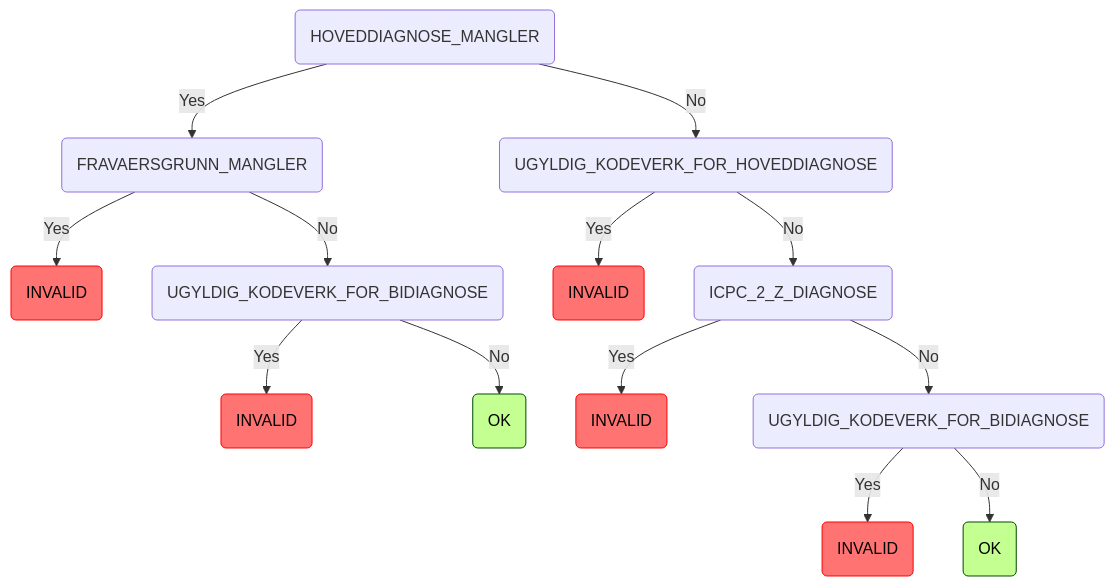
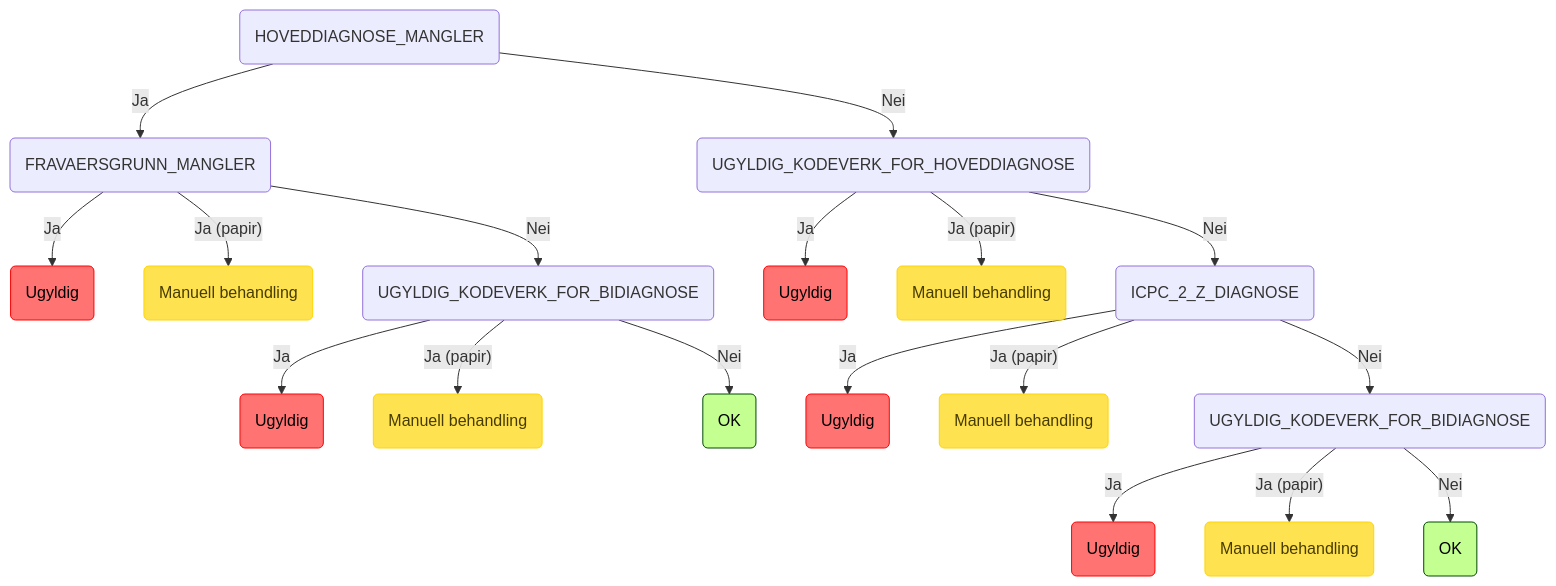
One commit to navikt/regulus-regula changed the fifth of 8 diagrams in README.md. Above: the diagram before and after it, drawn with Mermaid. The commit also changed other lines of this file and 21 other files, not shown here.

Commit message:
chore: show ExecutionMode.PAPIR in mermaid docs, also make mermaid graphs norskwegian

````diff
--- a/README.md
+++ b/README.md
@@ -133,18 +156,23 @@
 ```mermaid
 graph TD
-    root(HOVEDDIAGNOSE_MANGLER) -->|Yes| root_HOVEDDIAGNOSE_MANGLER_FRAVAERSGRUNN_MANGLER(FRAVAERSGRUNN_MANGLER)
-    root_HOVEDDIAGNOSE_MANGLER_FRAVAERSGRUNN_MANGLER(FRAVAERSGRUNN_MANGLER) -->|Yes| root_HOVEDDIAGNOSE_MANGLER_FRAVAERSGRUNN_MANGLER_INVALID(INVALID):::invalid
-    root_HOVEDDIAGNOSE_MANGLER_FRAVAERSGRUNN_MANGLER(FRAVAERSGRUNN_MANGLER) -->|No| root_HOVEDDIAGNOSE_MANGLER_FRAVAERSGRUNN_MANGLER_UGYLDIG_KODEVERK_FOR_BIDIAGNOSE(UGYLDIG_KODEVERK_FOR_BIDIAGNOSE)
-    root_HOVEDDIAGNOSE_MANGLER_FRAVAERSGRUNN_MANGLER_UGYLDIG_KODEVERK_FOR_BIDIAGNOSE(UGYLDIG_KODEVERK_FOR_BIDIAGNOSE) -->|Yes| root_HOVEDDIAGNOSE_MANGLER_FRAVAERSGRUNN_MANGLER_UGYLDIG_KODEVERK_FOR_BIDIAGNOSE_INVALID(INVALID):::invalid
-    root_HOVEDDIAGNOSE_MANGLER_FRAVAERSGRUNN_MANGLER_UGYLDIG_KODEVERK_FOR_BIDIAGNOSE(UGYLDIG_KODEVERK_FOR_BIDIAGNOSE) -->|No| root_HOVEDDIAGNOSE_MANGLER_FRAVAERSGRUNN_MANGLER_UGYLDIG_KODEVERK_FOR_BIDIAGNOSE_OK(OK):::ok
-    root(HOVEDDIAGNOSE_MANGLER) -->|No| root_HOVEDDIAGNOSE_MANGLER_UGYLDIG_KODEVERK_FOR_HOVEDDIAGNOSE(UGYLDIG_KODEVERK_FOR_HOVEDDIAGNOSE)
-    root_HOVEDDIAGNOSE_MANGLER_UGYLDIG_KODEVERK_FOR_HOVEDDIAGNOSE(UGYLDIG_KODEVERK_FOR_HOVEDDIAGNOSE) -->|Yes| root_HOVEDDIAGNOSE_MANGLER_UGYLDIG_KODEVERK_FOR_HOVEDDIAGNOSE_INVALID(INVALID):::invalid
-    root_HOVEDDIAGNOSE_MANGLER_UGYLDIG_KODEVERK_FOR_HOVEDDIAGNOSE(UGYLDIG_KODEVERK_FOR_HOVEDDIAGNOSE) -->|No| root_HOVEDDIAGNOSE_MANGLER_UGYLDIG_KODEVERK_FOR_HOVEDDIAGNOSE_ICPC_2_Z_DIAGNOSE(ICPC_2_Z_DIAGNOSE)
-    root_HOVEDDIAGNOSE_MANGLER_UGYLDIG_KODEVERK_FOR_HOVEDDIAGNOSE_ICPC_2_Z_DIAGNOSE(ICPC_2_Z_DIAGNOSE) -->|Yes| root_HOVEDDIAGNOSE_MANGLER_UGYLDIG_KODEVERK_FOR_HOVEDDIAGNOSE_ICPC_2_Z_DIAGNOSE_INVALID(INVALID):::invalid
-    root_HOVEDDIAGNOSE_MANGLER_UGYLDIG_KODEVERK_FOR_HOVEDDIAGNOSE_ICPC_2_Z_DIAGNOSE(ICPC_2_Z_DIAGNOSE) -->|No| root_HOVEDDIAGNOSE_MANGLER_UGYLDIG_KODEVERK_FOR_HOVEDDIAGNOSE_ICPC_2_Z_DIAGNOSE_UGYLDIG_KODEVERK_FOR_BIDIAGNOSE(UGYLDIG_KODEVERK_FOR_BIDIAGNOSE)
-    root_HOVEDDIAGNOSE_MANGLER_UGYLDIG_KODEVERK_FOR_HOVEDDIAGNOSE_ICPC_2_Z_DIAGNOSE_UGYLDIG_KODEVERK_FOR_BIDIAGNOSE(UGYLDIG_KODEVERK_FOR_BIDIAGNOSE) -->|Yes| root_HOVEDDIAGNOSE_MANGLER_UGYLDIG_KODEVERK_FOR_HOVEDDIAGNOSE_ICPC_2_Z_DIAGNOSE_UGYLDIG_KODEVERK_FOR_BIDIAGNOSE_INVALID(INVALID):::invalid
-    root_HOVEDDIAGNOSE_MANGLER_UGYLDIG_KODEVERK_FOR_HOVEDDIAGNOSE_ICPC_2_Z_DIAGNOSE_UGYLDIG_KODEVERK_FOR_BIDIAGNOSE(UGYLDIG_KODEVERK_FOR_BIDIAGNOSE) -->|No| root_HOVEDDIAGNOSE_MANGLER_UGYLDIG_KODEVERK_FOR_HOVEDDIAGNOSE_ICPC_2_Z_DIAGNOSE_UGYLDIG_KODEVERK_FOR_BIDIAGNOSE_OK(OK):::ok
+    root(HOVEDDIAGNOSE_MANGLER) -->|Ja| root_HOVEDDIAGNOSE_MANGLER_FRAVAERSGRUNN_MANGLER(FRAVAERSGRUNN_MANGLER)
+    root_HOVEDDIAGNOSE_MANGLER_FRAVAERSGRUNN_MANGLER(FRAVAERSGRUNN_MANGLER) -->|Ja| root_HOVEDDIAGNOSE_MANGLER_FRAVAERSGRUNN_MANGLER_INVALID(Ugyldig):::invalid
+    root_HOVEDDIAGNOSE_MANGLER_FRAVAERSGRUNN_MANGLER(FRAVAERSGRUNN_MANGLER) -->|"Ja (papir)"| root_HOVEDDIAGNOSE_MANGLER_FRAVAERSGRUNN_MANGLER_INVALID_papir(Manuell behandling):::manuell
+    root_HOVEDDIAGNOSE_MANGLER_FRAVAERSGRUNN_MANGLER(FRAVAERSGRUNN_MANGLER) -->|Nei| root_HOVEDDIAGNOSE_MANGLER_FRAVAERSGRUNN_MANGLER_UGYLDIG_KODEVERK_FOR_BIDIAGNOSE(UGYLDIG_KODEVERK_FOR_BIDIAGNOSE)
+    root_HOVEDDIAGNOSE_MANGLER_FRAVAERSGRUNN_MANGLER_UGYLDIG_KODEVERK_FOR_BIDIAGNOSE(UGYLDIG_KODEVERK_FOR_BIDIAGNOSE) -->|Ja| root_HOVEDDIAGNOSE_MANGLER_FRAVAERSGRUNN_MANGLER_UGYLDIG_KODEVERK_FOR_BIDIAGNOSE_INVALID(Ugyldig):::invalid
+    root_HOVEDDIAGNOSE_MANGLER_FRAVAERSGRUNN_MANGLER_UGYLDIG_KODEVERK_FOR_BIDIAGNOSE(UGYLDIG_KODEVERK_FOR_BIDIAGNOSE) -->|"Ja (papir)"| root_HOVEDDIAGNOSE_MANGLER_FRAVAERSGRUNN_MANGLER_UGYLDIG_KODEVERK_FOR_BIDIAGNOSE_INVALID_papir(Manuell behandling):::manuell
+    root_HOVEDDIAGNOSE_MANGLER_FRAVAERSGRUNN_MANGLER_UGYLDIG_KODEVERK_FOR_BIDIAGNOSE(UGYLDIG_KODEVERK_FOR_BIDIAGNOSE) -->|Nei| root_HOVEDDIAGNOSE_MANGLER_FRAVAERSGRUNN_MANGLER_UGYLDIG_KODEVERK_FOR_BIDIAGNOSE_OK(OK):::ok
+    root(HOVEDDIAGNOSE_MANGLER) -->|Nei| root_HOVEDDIAGNOSE_MANGLER_UGYLDIG_KODEVERK_FOR_HOVEDDIAGNOSE(UGYLDIG_KODEVERK_FOR_HOVEDDIAGNOSE)
+    root_HOVEDDIAGNOSE_MANGLER_UGYLDIG_KODEVERK_FOR_HOVEDDIAGNOSE(UGYLDIG_KODEVERK_FOR_HOVEDDIAGNOSE) -->|Ja| root_HOVEDDIAGNOSE_MANGLER_UGYLDIG_KODEVERK_FOR_HOVEDDIAGNOSE_INVALID(Ugyldig):::invalid
+    root_HOVEDDIAGNOSE_MANGLER_UGYLDIG_KODEVERK_FOR_HOVEDDIAGNOSE(UGYLDIG_KODEVERK_FOR_HOVEDDIAGNOSE) -->|"Ja (papir)"| root_HOVEDDIAGNOSE_MANGLER_UGYLDIG_KODEVERK_FOR_HOVEDDIAGNOSE_INVALID_papir(Manuell behandling):::manuell
+    root_HOVEDDIAGNOSE_MANGLER_UGYLDIG_KODEVERK_FOR_HOVEDDIAGNOSE(UGYLDIG_KODEVERK_FOR_HOVEDDIAGNOSE) -->|Nei| root_HOVEDDIAGNOSE_MANGLER_UGYLDIG_KODEVERK_FOR_HOVEDDIAGNOSE_ICPC_2_Z_DIAGNOSE(ICPC_2_Z_DIAGNOSE)
+    root_HOVEDDIAGNOSE_MANGLER_UGYLDIG_KODEVERK_FOR_HOVEDDIAGNOSE_ICPC_2_Z_DIAGNOSE(ICPC_2_Z_DIAGNOSE) -->|Ja| root_HOVEDDIAGNOSE_MANGLER_UGYLDIG_KODEVERK_FOR_HOVEDDIAGNOSE_ICPC_2_Z_DIAGNOSE_INVALID(Ugyldig):::invalid
+    root_HOVEDDIAGNOSE_MANGLER_UGYLDIG_KODEVERK_FOR_HOVEDDIAGNOSE_ICPC_2_Z_DIAGNOSE(ICPC_2_Z_DIAGNOSE) -->|"Ja (papir)"| root_HOVEDDIAGNOSE_MANGLER_UGYLDIG_KODEVERK_FOR_HOVEDDIAGNOSE_ICPC_2_Z_DIAGNOSE_INVALID_papir(Manuell behandling):::manuell
+    root_HOVEDDIAGNOSE_MANGLER_UGYLDIG_KODEVERK_FOR_HOVEDDIAGNOSE_ICPC_2_Z_DIAGNOSE(ICPC_2_Z_DIAGNOSE) -->|Nei| root_HOVEDDIAGNOSE_MANGLER_UGYLDIG_KODEVERK_FOR_HOVEDDIAGNOSE_ICPC_2_Z_DIAGNOSE_UGYLDIG_KODEVERK_FOR_BIDIAGNOSE(UGYLDIG_KODEVERK_FOR_BIDIAGNOSE)
+    root_HOVEDDIAGNOSE_MANGLER_UGYLDIG_KODEVERK_FOR_HOVEDDIAGNOSE_ICPC_2_Z_DIAGNOSE_UGYLDIG_KODEVERK_FOR_BIDIAGNOSE(UGYLDIG_KODEVERK_FOR_BIDIAGNOSE) -->|Ja| root_HOVEDDIAGNOSE_MANGLER_UGYLDIG_KODEVERK_FOR_HOVEDDIAGNOSE_ICPC_2_Z_DIAGNOSE_UGYLDIG_KODEVERK_FOR_BIDIAGNOSE_INVALID(Ugyldig):::invalid
+    root_HOVEDDIAGNOSE_MANGLER_UGYLDIG_KODEVERK_FOR_HOVEDDIAGNOSE_ICPC_2_Z_DIAGNOSE_UGYLDIG_KODEVERK_FOR_BIDIAGNOSE(UGYLDIG_KODEVERK_FOR_BIDIAGNOSE) -->|"Ja (papir)"| root_HOVEDDIAGNOSE_MANGLER_UGYLDIG_KODEVERK_FOR_HOVEDDIAGNOSE_ICPC_2_Z_DIAGNOSE_UGYLDIG_KODEVERK_FOR_BIDIAGNOSE_INVALID_papir(Manuell behandling):::manuell
+    root_HOVEDDIAGNOSE_MANGLER_UGYLDIG_KODEVERK_FOR_HOVEDDIAGNOSE_ICPC_2_Z_DIAGNOSE_UGYLDIG_KODEVERK_FOR_BIDIAGNOSE(UGYLDIG_KODEVERK_FOR_BIDIAGNOSE) -->|Nei| root_HOVEDDIAGNOSE_MANGLER_UGYLDIG_KODEVERK_FOR_HOVEDDIAGNOSE_ICPC_2_Z_DIAGNOSE_UGYLDIG_KODEVERK_FOR_BIDIAGNOSE_OK(OK):::ok
     classDef ok fill:#c3ff91,stroke:#004a00,color: black;
     classDef invalid fill:#ff7373,stroke:#ff0000,color: black;
     classDef manuell fill:#ffe24f,stroke:#ffd500,color: #473c00;
 ```
````
